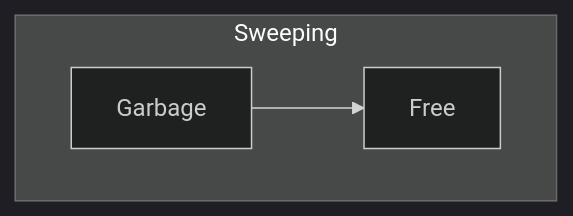
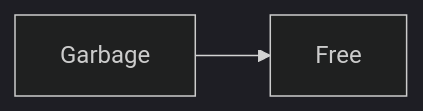
One commit to yminsky/the-saga-of-runtime5 changed the fourth of 7 diagrams in talk-general.md. Above: the diagram before and after it, drawn with Mermaid (dark theme). The commit also changed other lines of this file and 7 other files, not shown here.

Commit message:
Added heap-marking diagram

````diff
--- a/talk-general.md
+++ b/talk-general.md
@@ -138,6 +119,4 @@
-```mermaid +render +width:100%
-graph TB
-    subgraph "Sweeping"
-        Garbage --> Free
-    end
+```mermaid +render +width:40%
+graph LR
+Garbage --> Free
 ```
````
